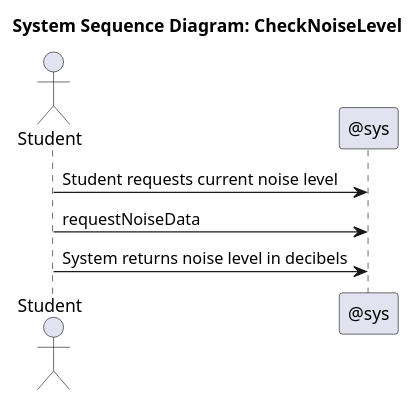
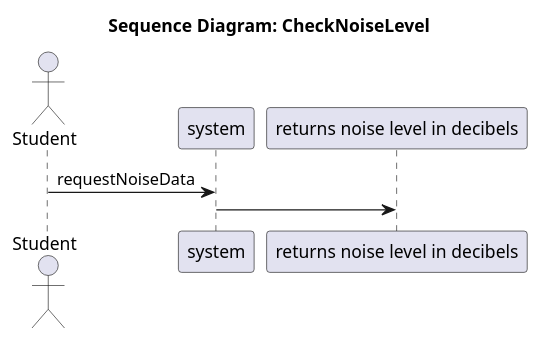
One commit to SEP4Real/SEP4 changed the diagram in Documentation/Analysis/ssds/StudyHelper_CheckNoiseLevel.ssd.puml. Above: the diagram before and after it, drawn with PlantUML. The commit also changed 46 other files, not shown here.

```diff
--- a/Documentation/Analysis/ssds/StudyHelper_CheckNoiseLevel.ssd.puml
+++ b/Documentation/Analysis/ssds/StudyHelper_CheckNoiseLevel.ssd.puml
@@ -1,8 +1,9 @@
-@startuml StudyHelper_CheckNoiseLevel_SSD
-title System Sequence Diagram: CheckNoiseLevel
+@startuml
+title Sequence Diagram: CheckNoiseLevel
 actor "Student" as Actor
-participant "@sys" as System
-Actor -> System : Student requests current noise level
+participant "system" as System
+participant "returns noise level in decibels" as returns_noise_level_in_decibels
+
 Actor -> System : requestNoiseData
-Actor -> System : System returns noise level in decibels
+System -> returns_noise_level_in_decibels : 
 @enduml
```
